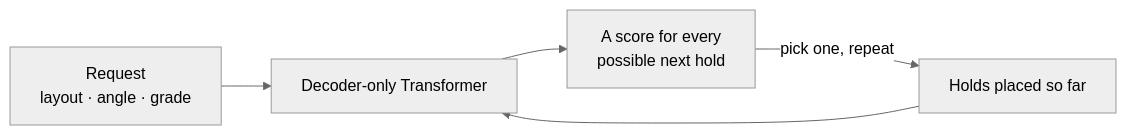
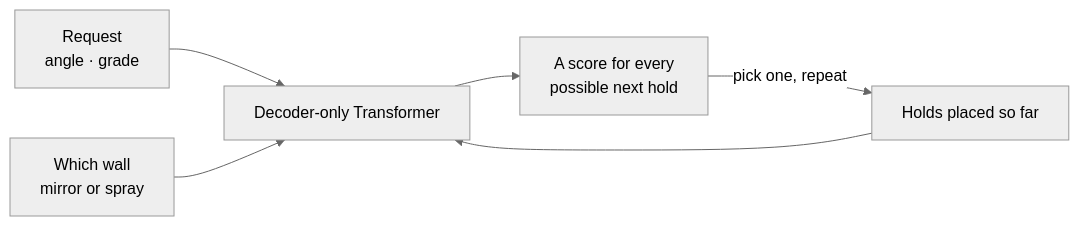
One commit to AlGrade/tension-board-lab changed the second of 2 diagrams in src/tension_board_lab/README.md. Above: the diagram before and after it, drawn with Mermaid (neutral theme). The commit also changed other lines of this file, not shown here.

First line of the commit message:
docs: say how the generator knows which wall it is setting for

````diff
--- a/src/tension_board_lab/README.md
+++ b/src/tension_board_lab/README.md
@@ -146,7 +146,8 @@
 ```mermaid
 flowchart LR
-    A["Request<br/>layout · angle · grade"] --> C
+    A["Request<br/>angle · grade"] --> C
     B["Holds placed so far"] --> C["Decoder-only Transformer"]
+    W["Which wall<br/>mirror or spray"] --> C
     C --> D["A score for every<br/>possible next hold"]
     D -->|"pick one, repeat"| B
 ```
````
